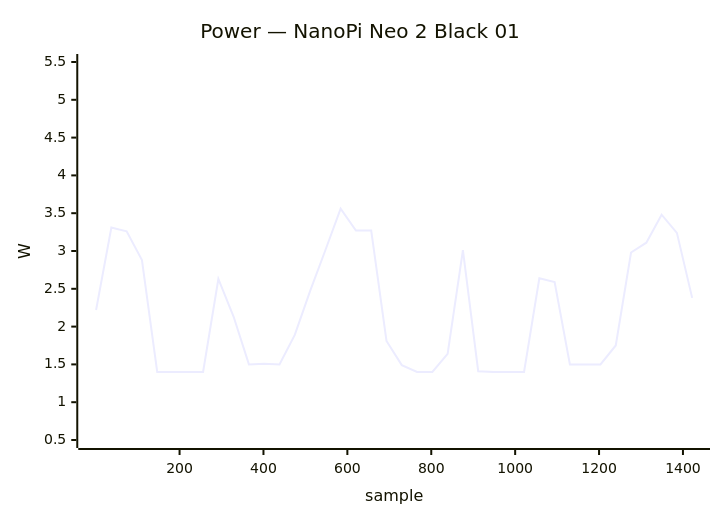
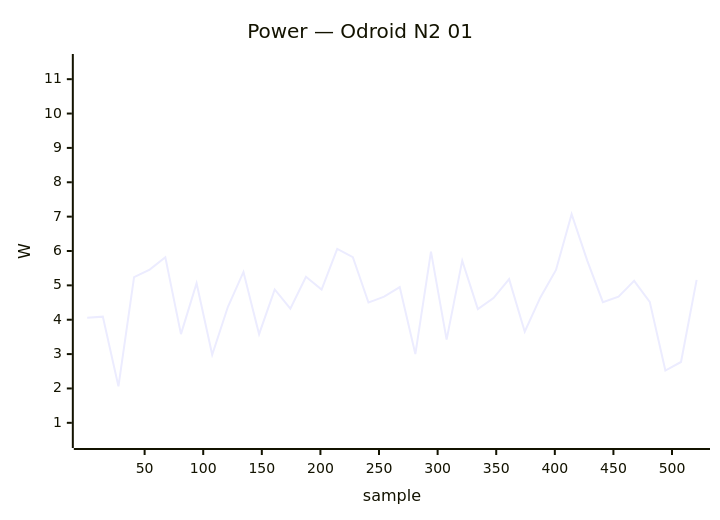
Before and after one commit to armbian/documentation: the fourth of 34 diagrams in docs/status/board-tests.md, drawn with Mermaid. The commit also changed other lines of this file, not shown here.

````diff
--- a/docs/status/board-tests.md
+++ b/docs/status/board-tests.md
@@ -206,7 +205,7 @@
 ```mermaid
 xychart-beta
-    title "Power — NanoPi Neo 2 Black 01"
-    x-axis "sample" 1 --> 1422
-    y-axis "W" 0.5 --> 5.5
-    line [2.22, 3.31, 3.26, 2.88, 1.40, 1.40, 1.40, 1.40, 2.63, 2.13, 1.50, 1.51, 1.50, 1.89, 2.47, 3.01, 3.56, 3.27, 3.27, 1.81, 1.49, 1.40, 1.40, 1.64, 3.01, 1.41, 1.40, 1.40, 1.40, 2.64, 2.59, 1.50, 1.50, 1.50, 1.75, 2.98, 3.11, 3.48, 3.24, 2.38]
+    title "Power — Odroid N2 01"
+    x-axis "sample" 1 --> 521
+    y-axis "W" 0.5 --> 11.5
+    line [4.06, 4.09, 2.06, 5.24, 5.46, 5.82, 3.58, 5.06, 2.98, 4.37, 5.39, 3.58, 4.88, 4.32, 5.25, 4.88, 6.06, 5.82, 4.50, 4.67, 4.95, 3.00, 5.98, 3.42, 5.72, 4.31, 4.63, 5.18, 3.65, 4.65, 5.45, 7.07, 5.72, 4.51, 4.67, 5.13, 4.52, 2.52, 2.77, 5.16]
 ```
````
